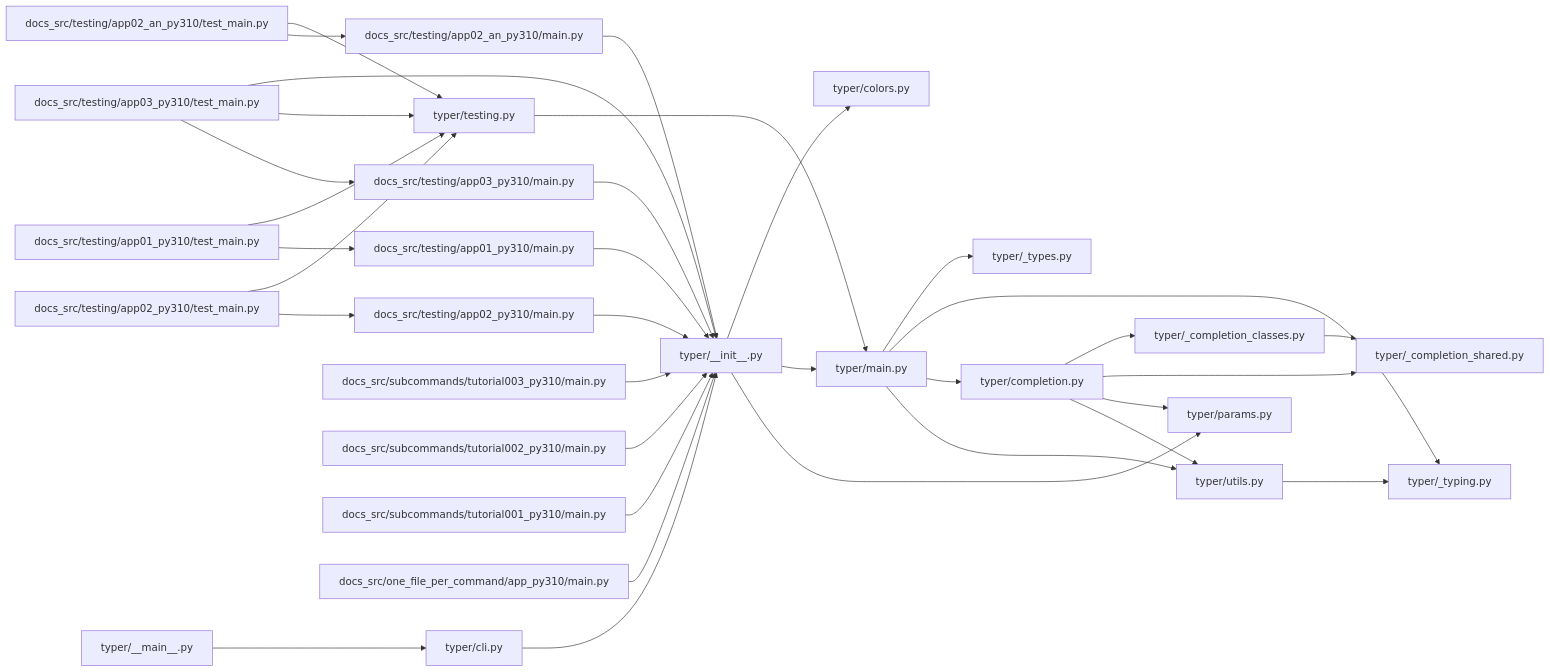
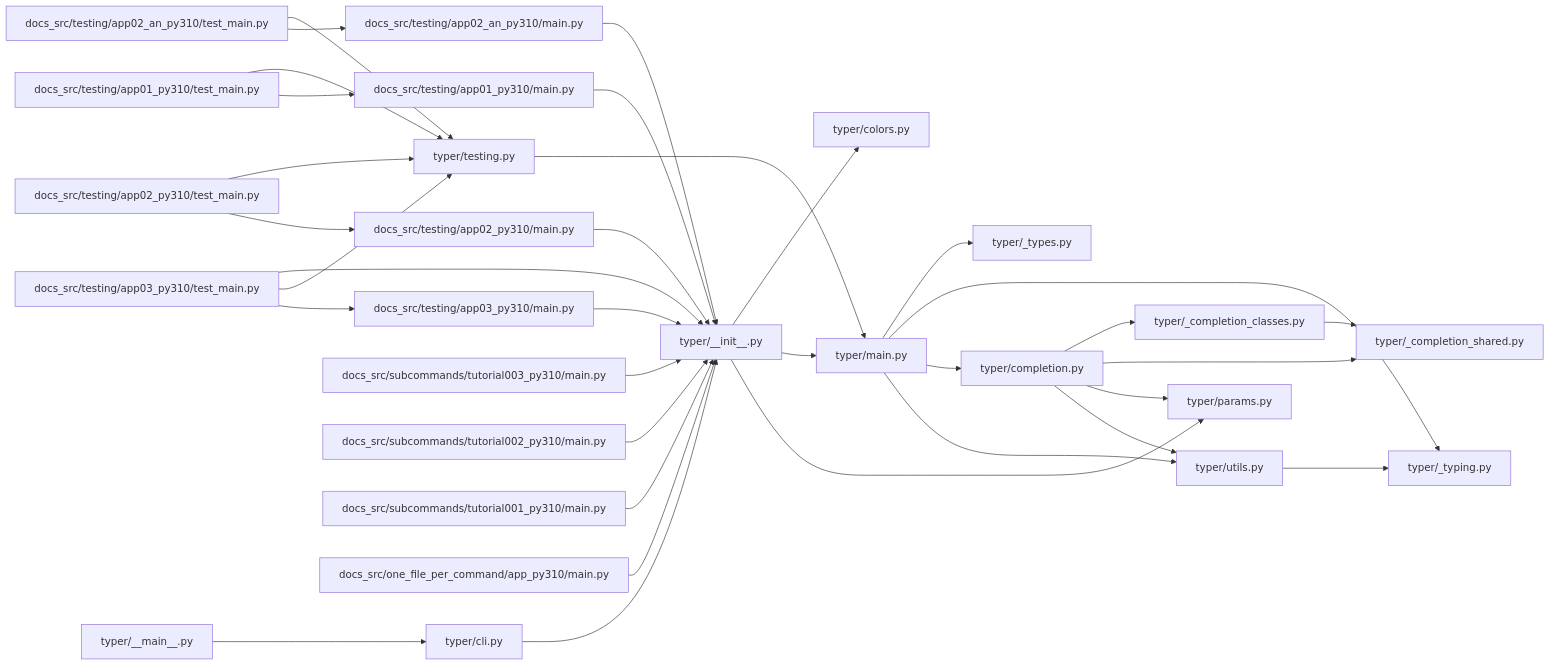
One commit to hey-granth/codectx-benchmarking changed the diagram in benchmark_results/contexts/typer_CONTEXT.md. Above: the diagram before and after it, drawn with Mermaid. The commit also changed other lines of this file and 10 other files, not shown here.

````diff
--- a/benchmark_results/contexts/typer_CONTEXT.md
+++ b/benchmark_results/contexts/typer_CONTEXT.md
@@ -1964,61 +1824,61 @@
 ```mermaid
 graph LR
     f0["typer/__init__.py"]
     f1["typer/testing.py"]
     f2["typer/main.py"]
     f3["typer/cli.py"]
     f4["typer/__main__.py"]
     f5["docs_src/testing/app03_py310/main.py"]
     f6["docs_src/testing/app02_py310/main.py"]
     f7["docs_src/testing/app02_an_py310/main.py"]
     f8["docs_src/testing/app01_py310/main.py"]
-    f9["docs_src/subcommands/tutorial003_py310/main.py"]
-    f10["typer/completion.py"]
+    f9["typer/completion.py"]
+    f10["docs_src/subcommands/tutorial003_py310/main.py"]
     f11["docs_src/subcommands/tutorial002_py310/main.py"]
     f12["docs_src/subcommands/tutorial001_py310/main.py"]
     f13["typer/utils.py"]
     f14["typer/_typing.py"]
     f15["typer/_types.py"]
-    f16["docs_src/one_file_per_command/app_py310/main.py"]
-    f17["typer/_completion_shared.py"]
-    f18["typer/params.py"]
-    f19["typer/_completion_classes.py"]
+    f16["typer/_completion_shared.py"]
+    f17["docs_src/one_file_per_command/app_py310/main.py"]
+    f18["typer/_completion_classes.py"]
+    f19["typer/params.py"]
     f20["typer/colors.py"]
     f21["docs_src/testing/app03_py310/test_main.py"]
     f22["docs_src/testing/app01_py310/test_main.py"]
     f23["docs_src/testing/app02_py310/test_main.py"]
     f24["docs_src/testing/app02_an_py310/test_main.py"]
-    f0 --> f18
+    f0 --> f19
     f0 --> f2
     f0 --> f20
     f1 --> f2
     f2 --> f13
-    f2 --> f10
+    f2 --> f9
     f2 --> f14
     f2 --> f15
     f3 --> f0
     f4 --> f3
     f5 --> f0
     f6 --> f0
     f7 --> f0
     f8 --> f0
-    f9 --> f0
-    f10 --> f13
-    f10 --> f18
-    f10 --> f17
-    f10 --> f19
+    f9 --> f13
+    f9 --> f19
+    f9 --> f16
+    f9 --> f18
+    f10 --> f0
     f11 --> f0
     f12 --> f0
     f13 --> f14
-    f16 --> f0
-    f19 --> f17
+    f17 --> f0
+    f18 --> f16
     f21 --> f5
     f21 --> f1
     f21 --> f0
     f22 --> f8
     f22 --> f1
     f23 --> f6
     f23 --> f1
     f24 --> f7
     f24 --> f1
 ```
````
